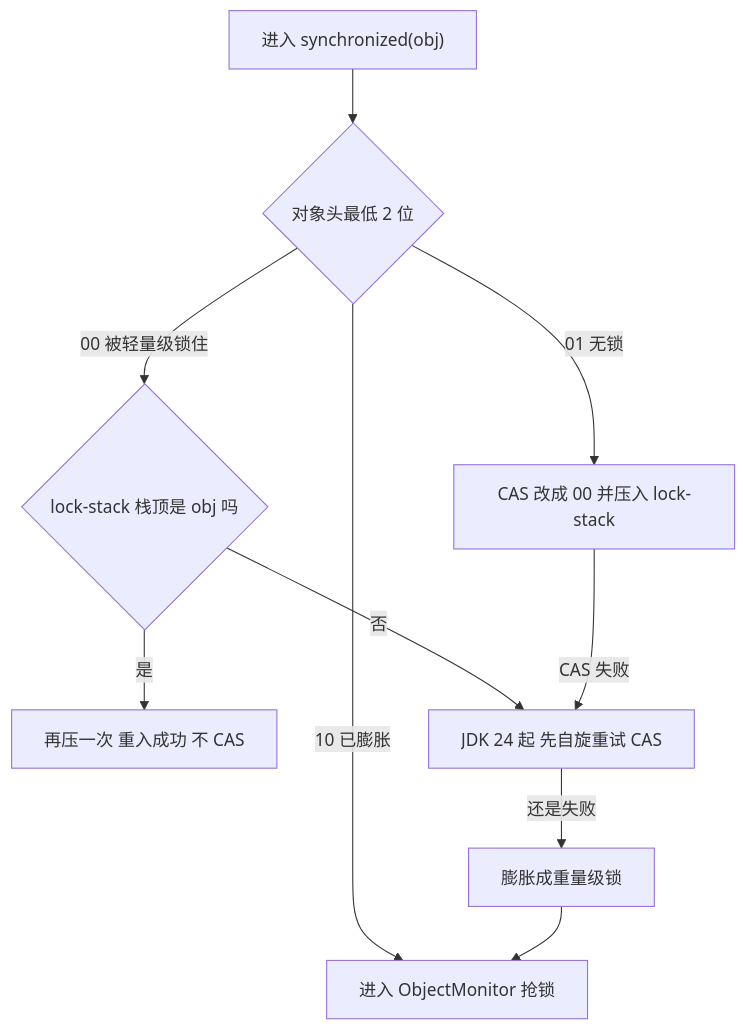
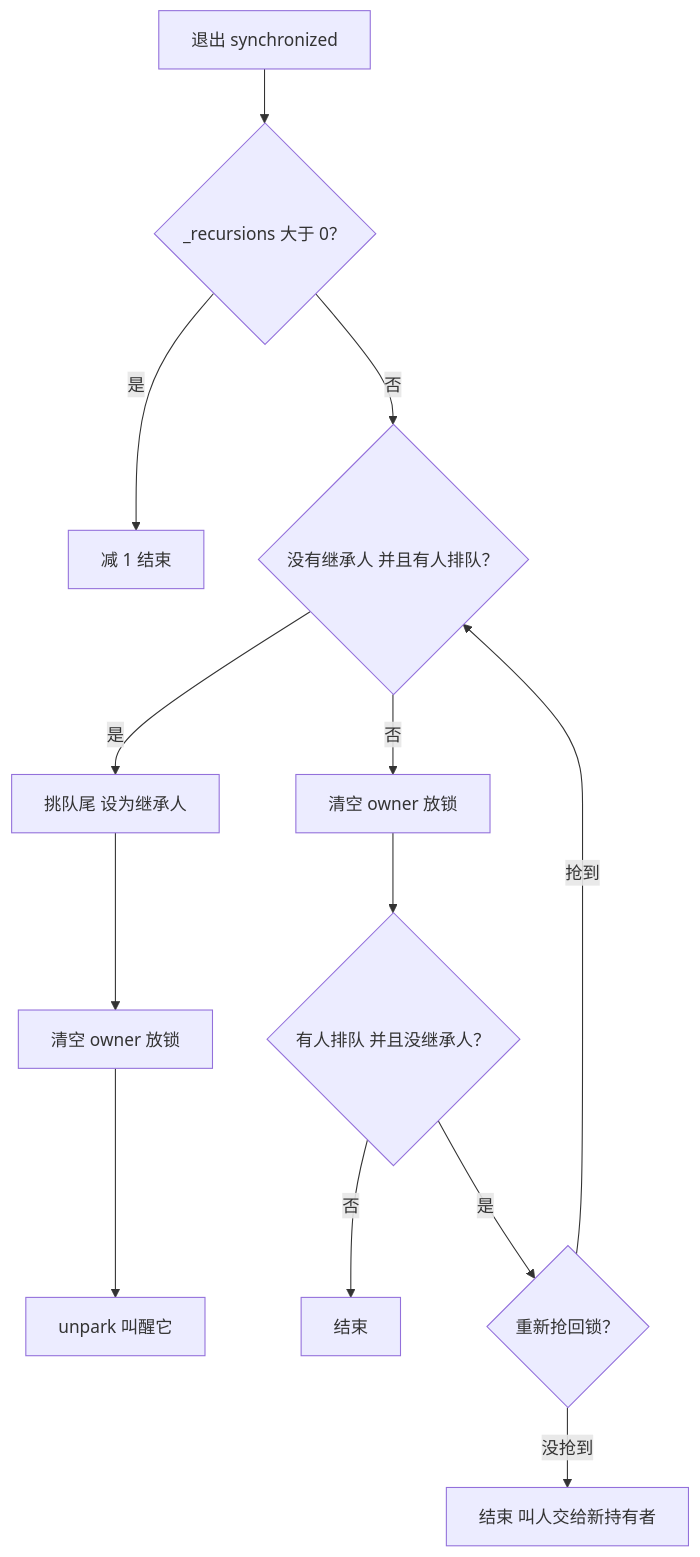
Before and after one commit to mamawai/mamawai.github.io: the third of 6 diagrams in docs/java/concurrency/synchronized-lock-upgrade.md, drawn with Mermaid. The commit also changed other lines of this file and 2 other files, not shown here.

Commit message:
docs: 拆分 synchronized 文章为工作流程与版本演进，修正轻量级锁自旋描述

````diff
--- a/docs/java/concurrency/synchronized-lock-upgrade.md
+++ b/docs/java/concurrency/synchronized-lock-upgrade.md
@@ -195,12 +213,15 @@
 ```mermaid
 flowchart TD
-  S["进入 synchronized(obj)"] --> Q1{"对象头最低 2 位"}
-  Q1 -->|01 无锁| C["CAS 改成 00 并压入 lock-stack"]
-  Q1 -->|00 被轻量级锁住| Q2{"lock-stack 栈顶是 obj 吗"}
-  Q1 -->|10 已膨胀| M["进入 ObjectMonitor 抢锁"]
-  Q2 -->|是| R["再压一次 重入成功 不 CAS"]
-  Q2 -->|否| SP["JDK 24 起 先自旋重试 CAS"]
-  C -->|CAS 失败| SP
-  SP -->|还是失败| I["膨胀成重量级锁"]
-  I --> M
+  X["退出 synchronized"] --> R{"_recursions 大于 0？"}
+  R -->|是| R1["减 1 结束"]
+  R -->|否| S{"没有继承人 并且有人排队？"}
+  S -->|是| P["挑队尾 设为继承人"]
+  P --> P2["清空 owner 放锁"]
+  P2 --> P3["unpark 叫醒它"]
+  S -->|否| D["清空 owner 放锁"]
+  D --> C{"有人排队 并且没继承人？"}
+  C -->|否| E["结束"]
+  C -->|是| T{"重新抢回锁？"}
+  T -->|抢到| S
+  T -->|没抢到| E2["结束 叫人交给新持有者"]
 ```
````
